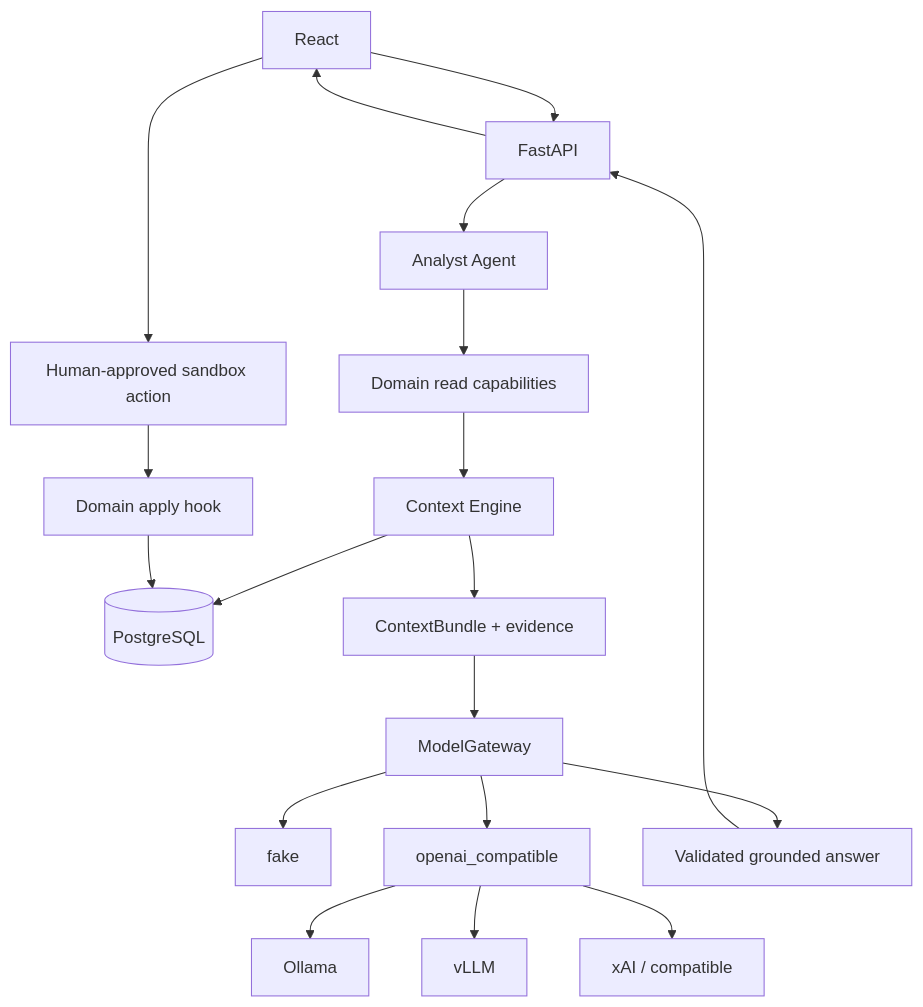
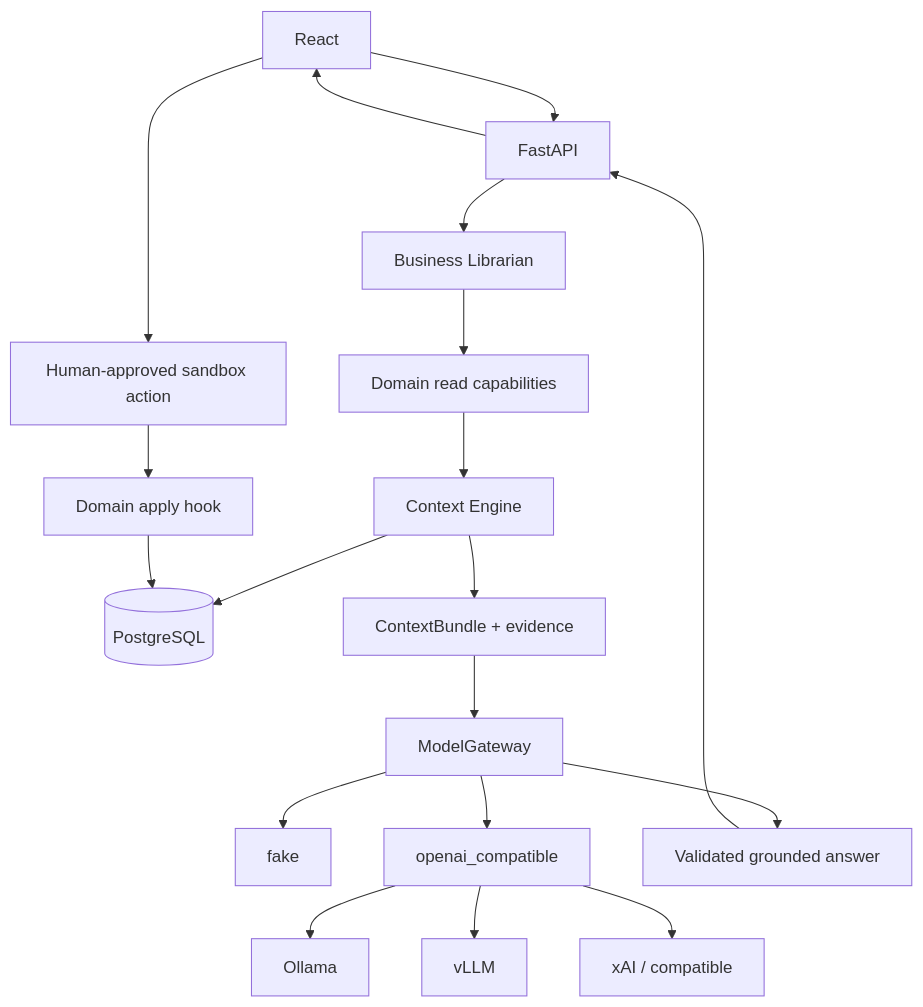
Before and after one commit to sebmvp/commerce-data-platform: the first of 6 diagrams in ARCHITECTURE.md, drawn with Mermaid. The commit also changed other lines of this file and 49 other files, not shown here.

First line of the commit message:
Name the Business Librarian and rebuild the operator workspace.

````diff
--- a/ARCHITECTURE.md
+++ b/ARCHITECTURE.md
@@ -15,21 +15,21 @@
 ```mermaid
 flowchart TD
   react[React] --> fastapi[FastAPI]
-  fastapi --> analyst[Analyst Agent]
-  analyst --> tools[Domain read capabilities]
+  fastapi --> librarian[Business Librarian]
+  librarian --> tools[Domain read capabilities]
   tools --> engine[Context Engine]
   engine --> pg[(PostgreSQL)]
   engine --> bundle[ContextBundle + evidence]
   bundle --> gateway[ModelGateway]
   gateway --> fake[fake]
   gateway --> oai[openai_compatible]
   oai --> ollama[Ollama]
   oai --> vllm[vLLM]
   oai --> xai[xAI / compatible]
   gateway --> grounded[Validated grounded answer]
   grounded --> fastapi
   fastapi --> react
   react --> human[Human-approved sandbox action]
   human --> apply[Domain apply hook]
   apply --> pg
 ```
````
